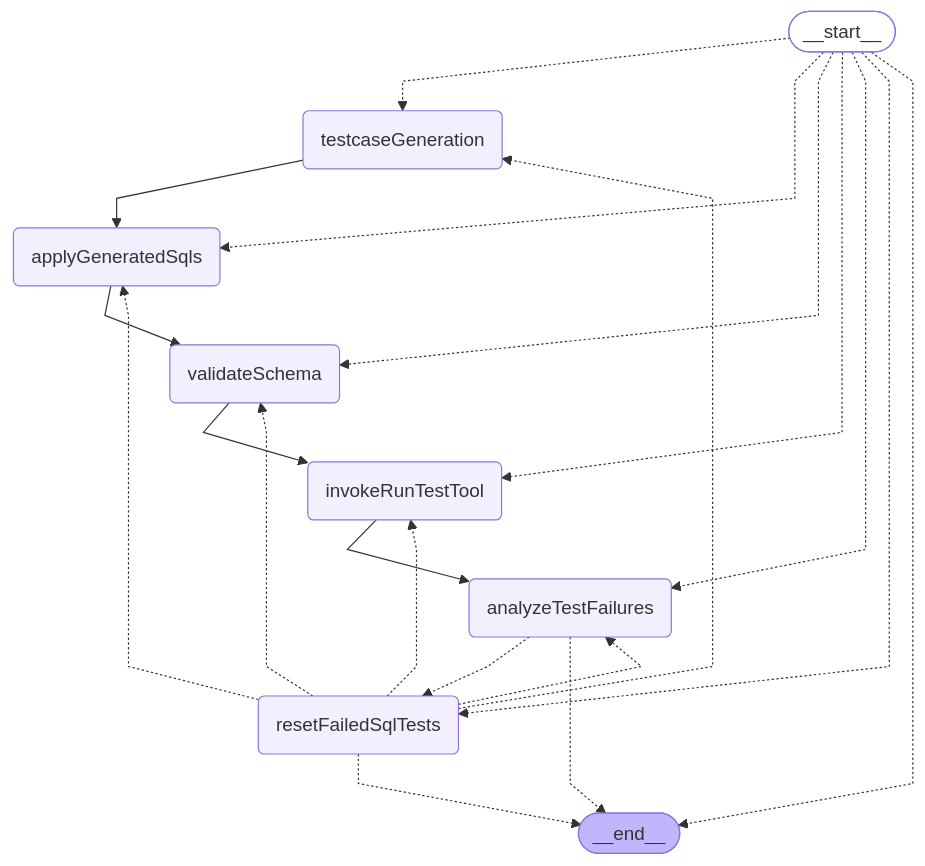
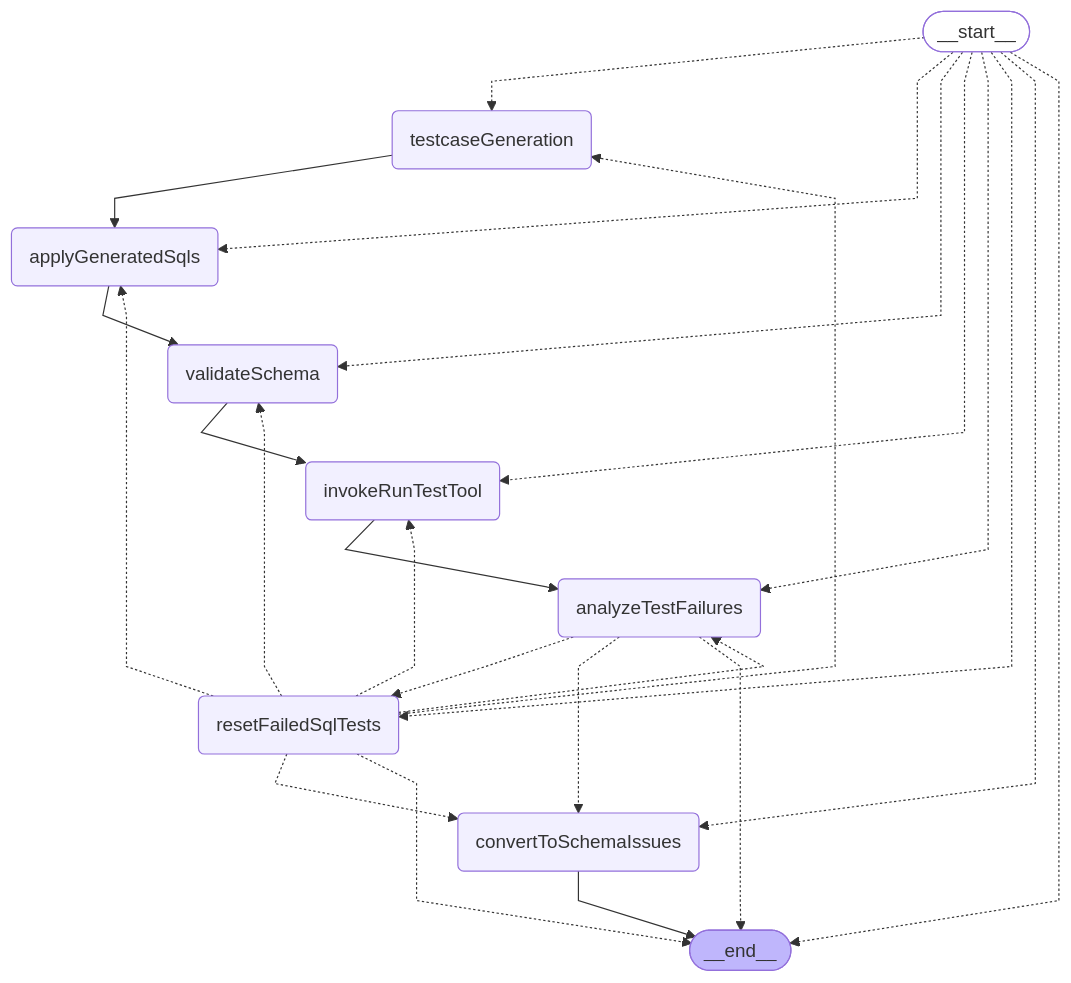
The fifth of 6 diagrams in frontend/internal-packages/agent/README.md (liam-hq/liam), drawn with Mermaid before and after one commit. The commit also changed 8 other files, not shown here.

First line of the commit message:
feat(agent): implement schema issue auto-repair mechanism

````diff
--- a/frontend/internal-packages/agent/README.md
+++ b/frontend/internal-packages/agent/README.md
@@ -233,34 +233,39 @@
 ```mermaid
 %%{init: {'flowchart': {'curve': 'linear'}}}%%
 graph TD;
 	__start__([<p>__start__</p>]):::first
 	testcaseGeneration(testcaseGeneration)
 	applyGeneratedSqls(applyGeneratedSqls)
 	validateSchema(validateSchema)
 	invokeRunTestTool(invokeRunTestTool)
 	analyzeTestFailures(analyzeTestFailures)
 	resetFailedSqlTests(resetFailedSqlTests)
+	convertToSchemaIssues(convertToSchemaIssues)
 	__end__([<p>__end__</p>]):::last
 	applyGeneratedSqls --> validateSchema;
+	convertToSchemaIssues --> __end__;
 	invokeRunTestTool --> analyzeTestFailures;
 	testcaseGeneration --> applyGeneratedSqls;
 	validateSchema --> invokeRunTestTool;
 	__start__ -.-> testcaseGeneration;
 	__start__ -.-> applyGeneratedSqls;
 	__start__ -.-> validateSchema;
 	__start__ -.-> invokeRunTestTool;
 	__start__ -.-> analyzeTestFailures;
 	__start__ -.-> resetFailedSqlTests;
+	__start__ -.-> convertToSchemaIssues;
 	__start__ -.-> __end__;
 	analyzeTestFailures -.-> resetFailedSqlTests;
+	analyzeTestFailures -.-> convertToSchemaIssues;
 	analyzeTestFailures -.-> __end__;
 	resetFailedSqlTests -.-> testcaseGeneration;
 	resetFailedSqlTests -.-> applyGeneratedSqls;
 	resetFailedSqlTests -.-> validateSchema;
 	resetFailedSqlTests -.-> invokeRunTestTool;
 	resetFailedSqlTests -.-> analyzeTestFailures;
+	resetFailedSqlTests -.-> convertToSchemaIssues;
 	resetFailedSqlTests -.-> __end__;
 	classDef default fill:#f2f0ff,line-height:1.2;
 	classDef first fill-opacity:0;
 	classDef last fill:#bfb6fc;
 ```
````
